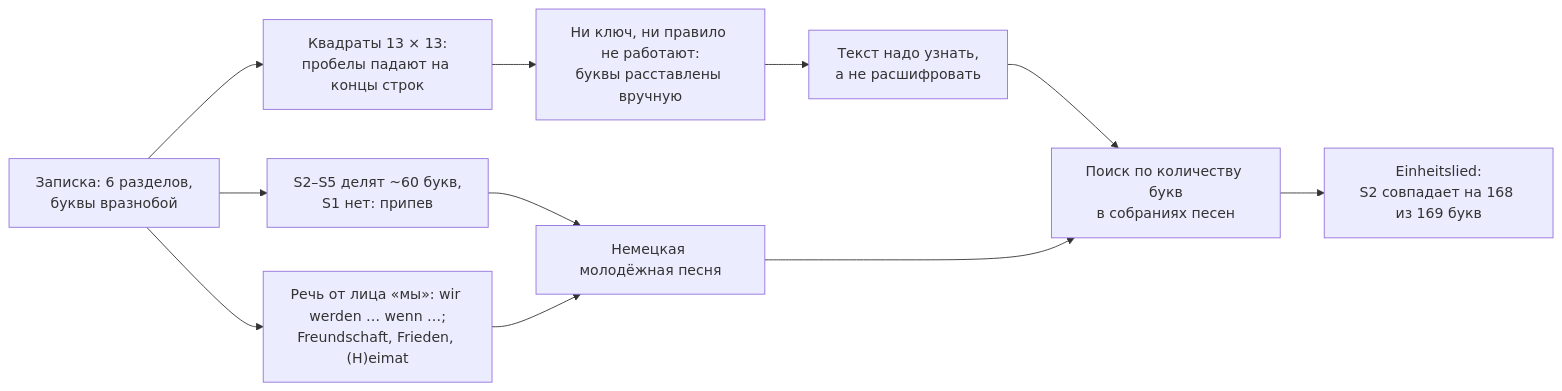
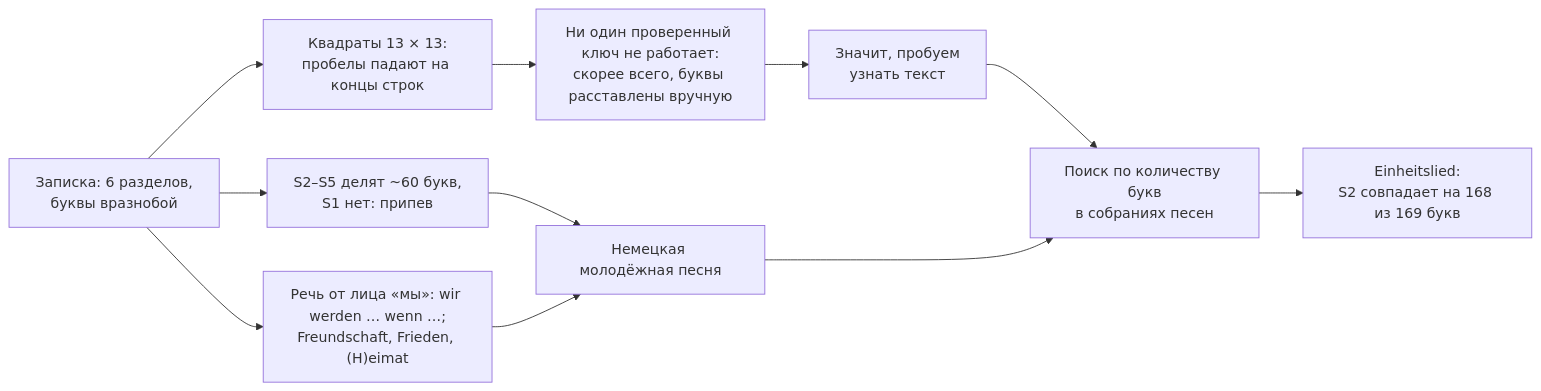
The diagram in README.ru.md (antalez/baltiysk-bottle-note), drawn with Mermaid before and after one commit. The commit also changed other lines of this file and 9 other files, not shown here.

````diff
--- a/README.ru.md
+++ b/README.ru.md
@@ -36,13 +36,13 @@
 ```mermaid
 flowchart LR
   N["Записка: 6 разделов,<br/>буквы вразнобой"] --> Q["Квадраты 13 × 13:<br/>пробелы падают на концы строк"]
-  Q --> K["Ни ключ, ни правило не работают:<br/>буквы расставлены вручную"]
-  K --> R["Текст надо узнать,<br/>а не расшифровать"]
+  Q --> K["Ни один проверенный ключ не работает:<br/>скорее всего, буквы расставлены вручную"]
+  K --> R["Значит, пробуем<br/>узнать текст"]
   N --> F["S2–S5 делят ~60 букв,<br/>S1 нет: припев"]
   N --> V["Речь от лица «мы»: wir werden … wenn …;<br/>Freundschaft, Frieden, (H)eimat"]
   F --> G["Немецкая молодёжная песня"]
   V --> G
   R --> S["Поиск по количеству букв<br/>в собраниях песен"]
   G --> S
   S --> E["Einheitslied:<br/>S2 совпадает на 168 из 169 букв"]
 ```
````
